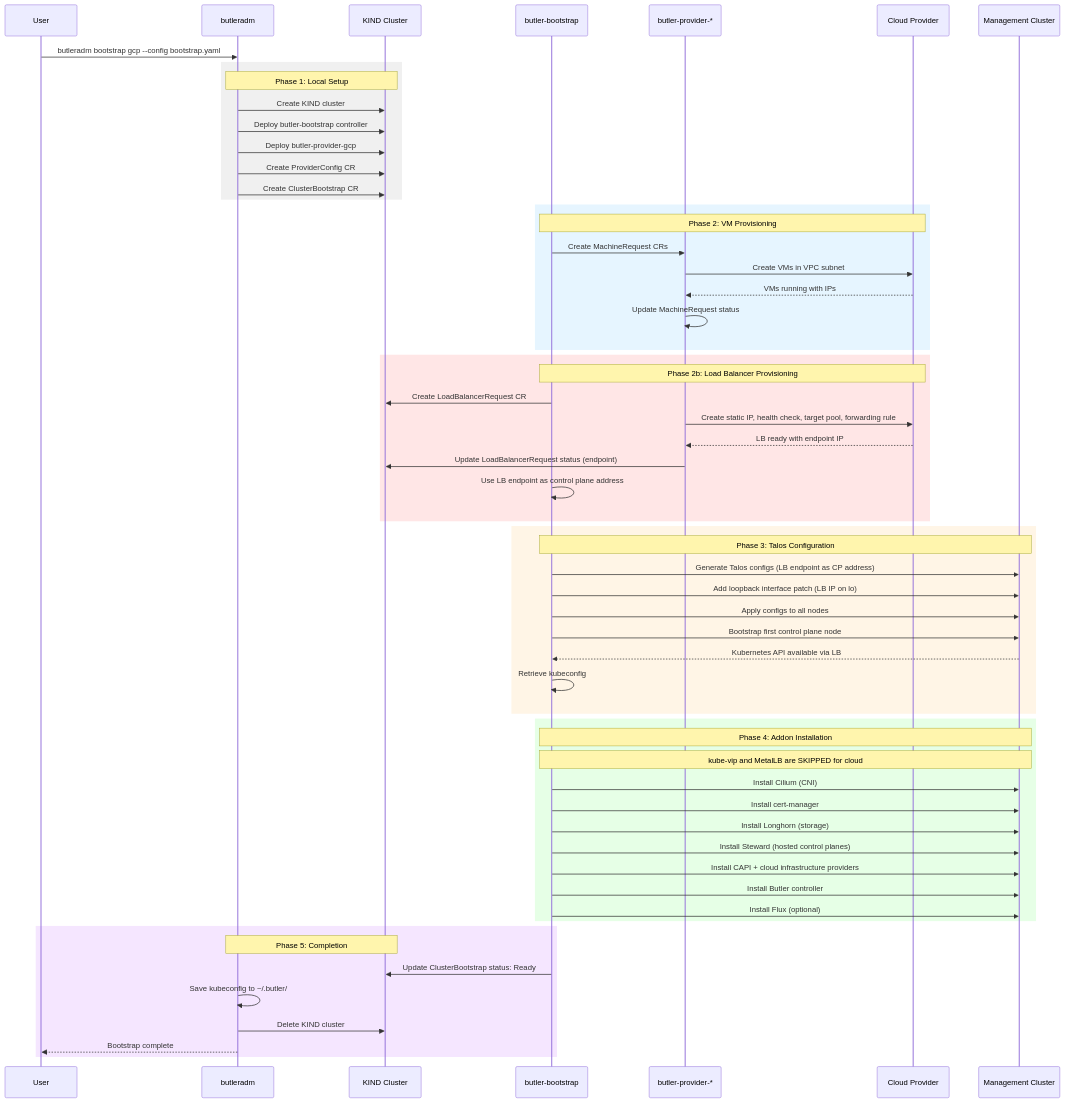
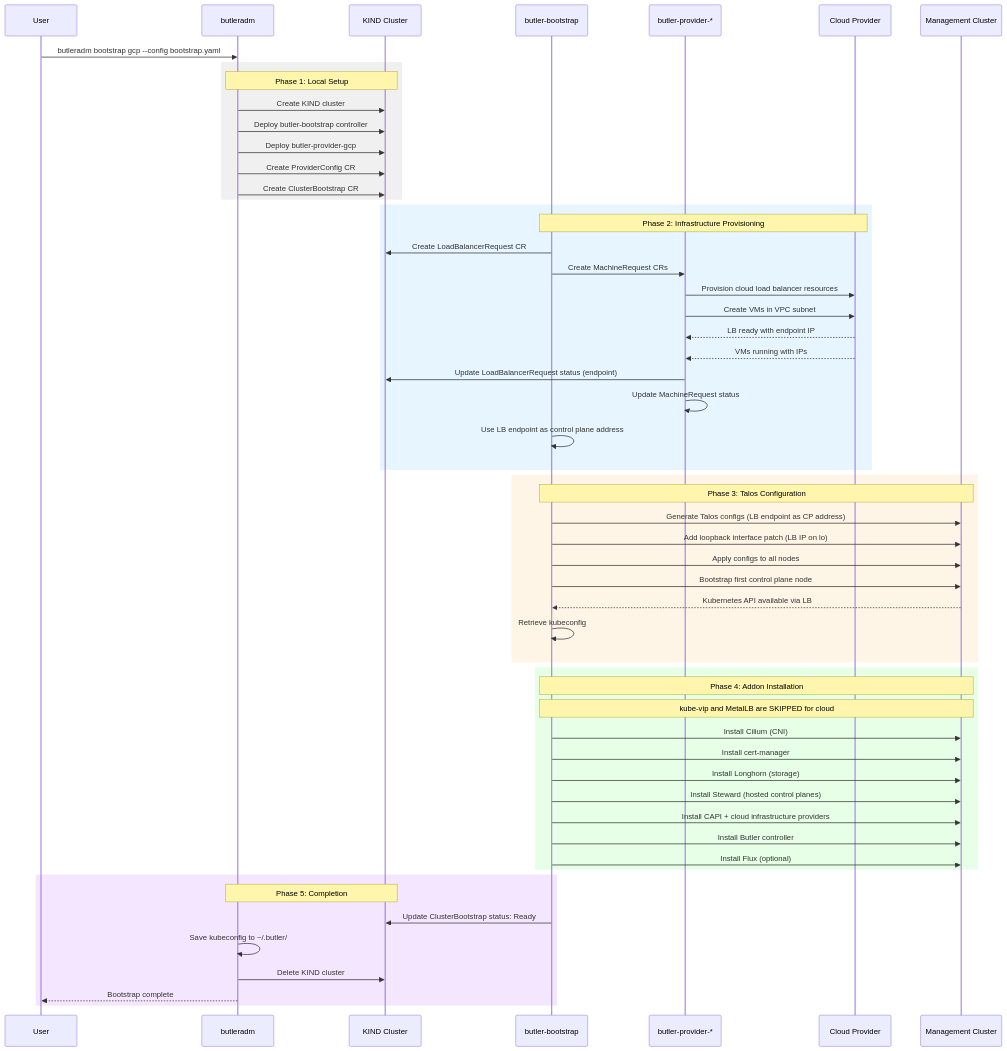
One commit to butlerdotdev/butler changed the second of 2 diagrams in docs/architecture/bootstrap-flow.md. Above: the diagram before and after it, drawn with Mermaid. The commit also changed 3 other files, not shown here.

````diff
--- a/docs/architecture/bootstrap-flow.md
+++ b/docs/architecture/bootstrap-flow.md
@@ -106,68 +106,64 @@
 ```mermaid
 sequenceDiagram
     participant User
     participant CLI as butleradm
     participant KIND as KIND Cluster
     participant Bootstrap as butler-bootstrap
     participant Provider as butler-provider-*
     participant Cloud as Cloud Provider
     participant MC as Management Cluster
 
     User->>CLI: butleradm bootstrap gcp --config bootstrap.yaml
 
     rect rgb(240, 240, 240)
         Note over CLI,KIND: Phase 1: Local Setup
         CLI->>KIND: Create KIND cluster
         CLI->>KIND: Deploy butler-bootstrap controller
         CLI->>KIND: Deploy butler-provider-gcp
         CLI->>KIND: Create ProviderConfig CR
         CLI->>KIND: Create ClusterBootstrap CR
     end
 
     rect rgb(230, 245, 255)
-        Note over Bootstrap,Cloud: Phase 2: VM Provisioning
+        Note over Bootstrap,Cloud: Phase 2: Infrastructure Provisioning
+        Bootstrap->>KIND: Create LoadBalancerRequest CR
         Bootstrap->>Provider: Create MachineRequest CRs
+        Provider->>Cloud: Provision cloud load balancer resources
         Provider->>Cloud: Create VMs in VPC subnet
+        Cloud-->>Provider: LB ready with endpoint IP
         Cloud-->>Provider: VMs running with IPs
+        Provider->>KIND: Update LoadBalancerRequest status (endpoint)
         Provider->>Provider: Update MachineRequest status
-    end
-
-    rect rgb(255, 230, 230)
-        Note over Bootstrap,Cloud: Phase 2b: Load Balancer Provisioning
-        Bootstrap->>KIND: Create LoadBalancerRequest CR
-        Provider->>Cloud: Create static IP, health check, target pool, forwarding rule
-        Cloud-->>Provider: LB ready with endpoint IP
-        Provider->>KIND: Update LoadBalancerRequest status (endpoint)
         Bootstrap->>Bootstrap: Use LB endpoint as control plane address
     end
 
     rect rgb(255, 245, 230)
         Note over Bootstrap,MC: Phase 3: Talos Configuration
         Bootstrap->>MC: Generate Talos configs (LB endpoint as CP address)
         Bootstrap->>MC: Add loopback interface patch (LB IP on lo)
         Bootstrap->>MC: Apply configs to all nodes
         Bootstrap->>MC: Bootstrap first control plane node
         MC-->>Bootstrap: Kubernetes API available via LB
         Bootstrap->>Bootstrap: Retrieve kubeconfig
     end
 
     rect rgb(230, 255, 230)
         Note over Bootstrap,MC: Phase 4: Addon Installation
         Note over Bootstrap,MC: kube-vip and MetalLB are SKIPPED for cloud
         Bootstrap->>MC: Install Cilium (CNI)
         Bootstrap->>MC: Install cert-manager
         Bootstrap->>MC: Install Longhorn (storage)
         Bootstrap->>MC: Install Steward (hosted control planes)
         Bootstrap->>MC: Install CAPI + cloud infrastructure providers
         Bootstrap->>MC: Install Butler controller
         Bootstrap->>MC: Install Flux (optional)
     end
 
     rect rgb(245, 230, 255)
         Note over CLI,KIND: Phase 5: Completion
         Bootstrap->>KIND: Update ClusterBootstrap status: Ready
         CLI->>CLI: Save kubeconfig to ~/.butler/
         CLI->>KIND: Delete KIND cluster
         CLI-->>User: Bootstrap complete
     end
 ```
````
